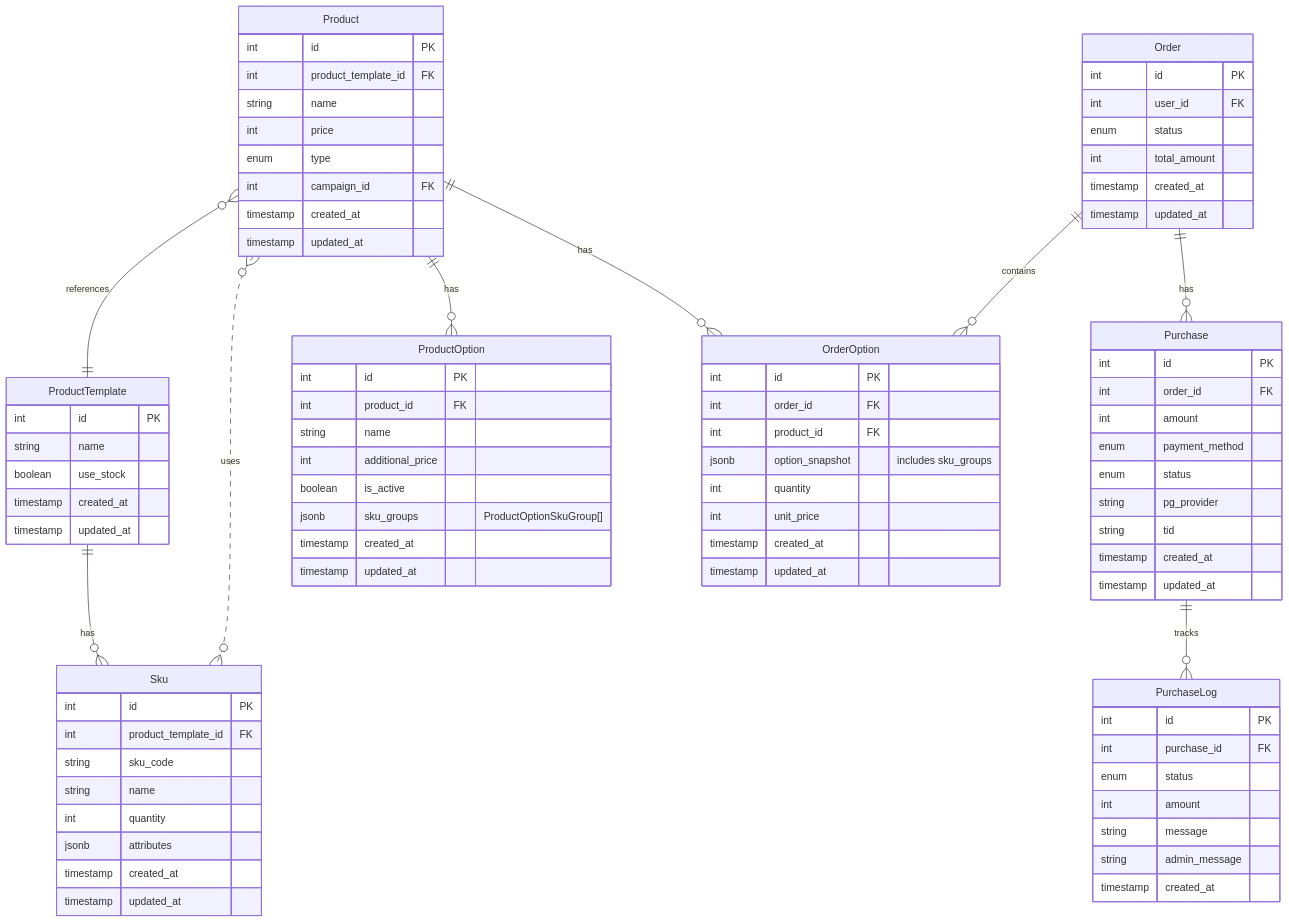
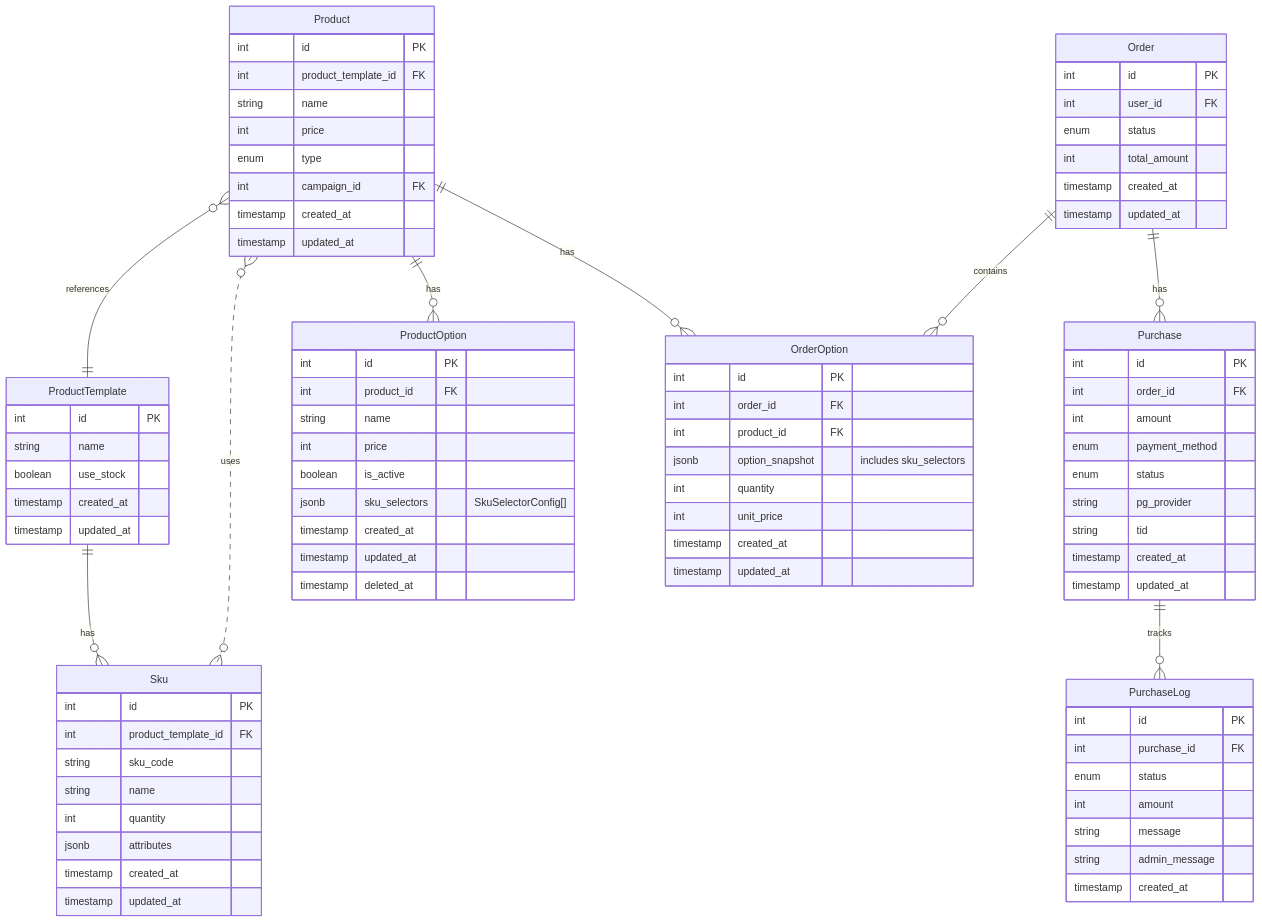
The diagram in docs/payment-order.md (yestravelkr/yestravel), drawn with Mermaid before and after one commit. The commit also changed other lines of this file, not shown here.

First line of the commit message:
DOCS: ProductOption SKU Selector 구조 상세 문서화

```diff
--- a/docs/payment-order.md
+++ b/docs/payment-order.md
@@ -59,11 +59,12 @@
         int id PK
         int product_id FK
         string name
-        int additional_price
+        int price
         boolean is_active
-        jsonb sku_groups "ProductOptionSkuGroup[]"
+        jsonb sku_selectors "SkuSelectorConfig[]"
         timestamp created_at
         timestamp updated_at
+        timestamp deleted_at
     }
 
     Order {
@@ -79,7 +80,7 @@
         int id PK
         int order_id FK
         int product_id FK
-        jsonb option_snapshot "includes sku_groups"
+        jsonb option_snapshot "includes sku_selectors"
         int quantity
         int unit_price
         timestamp created_at
```
